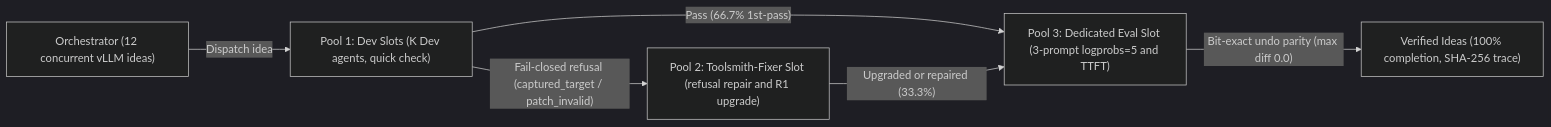
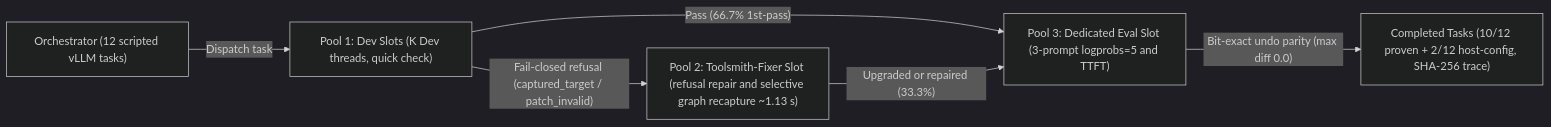
The diagram in docs/agent-teams-and-contention.md (hao-ai-lab/rsibox), drawn with Mermaid (dark theme) before and after one commit. The commit also changed other lines of this file and 3 other files, not shown here.

````diff
--- a/docs/agent-teams-and-contention.md
+++ b/docs/agent-teams-and-contention.md
@@ -104,14 +108,14 @@
 ```mermaid
 flowchart LR
-  Orch["Orchestrator (12 concurrent vLLM ideas)"]
-  DevPool["Pool 1: Dev Slots (K Dev agents, quick check)"]
-  TSPool["Pool 2: Toolsmith-Fixer Slot (refusal repair and R1 upgrade)"]
+  Orch["Orchestrator (12 scripted vLLM tasks)"]
+  DevPool["Pool 1: Dev Slots (K Dev threads, quick check)"]
+  TSPool["Pool 2: Toolsmith-Fixer Slot (refusal repair and selective graph recapture ~1.13 s)"]
   EvalPool["Pool 3: Dedicated Eval Slot (3-prompt logprobs=5 and TTFT)"]
-  Done["Verified Ideas (100% completion, SHA-256 trace)"]
+  Done["Completed Tasks (10/12 proven + 2/12 host-config, SHA-256 trace)"]
 
-  Orch -->|"Dispatch idea"| DevPool
+  Orch -->|"Dispatch task"| DevPool
   DevPool -->|"Pass (66.7% 1st-pass)"| EvalPool
   DevPool -->|"Fail-closed refusal (captured_target / patch_invalid)"| TSPool
   TSPool -->|"Upgraded or repaired (33.3%)"| EvalPool
   EvalPool -->|"Bit-exact undo parity (max diff 0.0)"| Done
 ```
````
